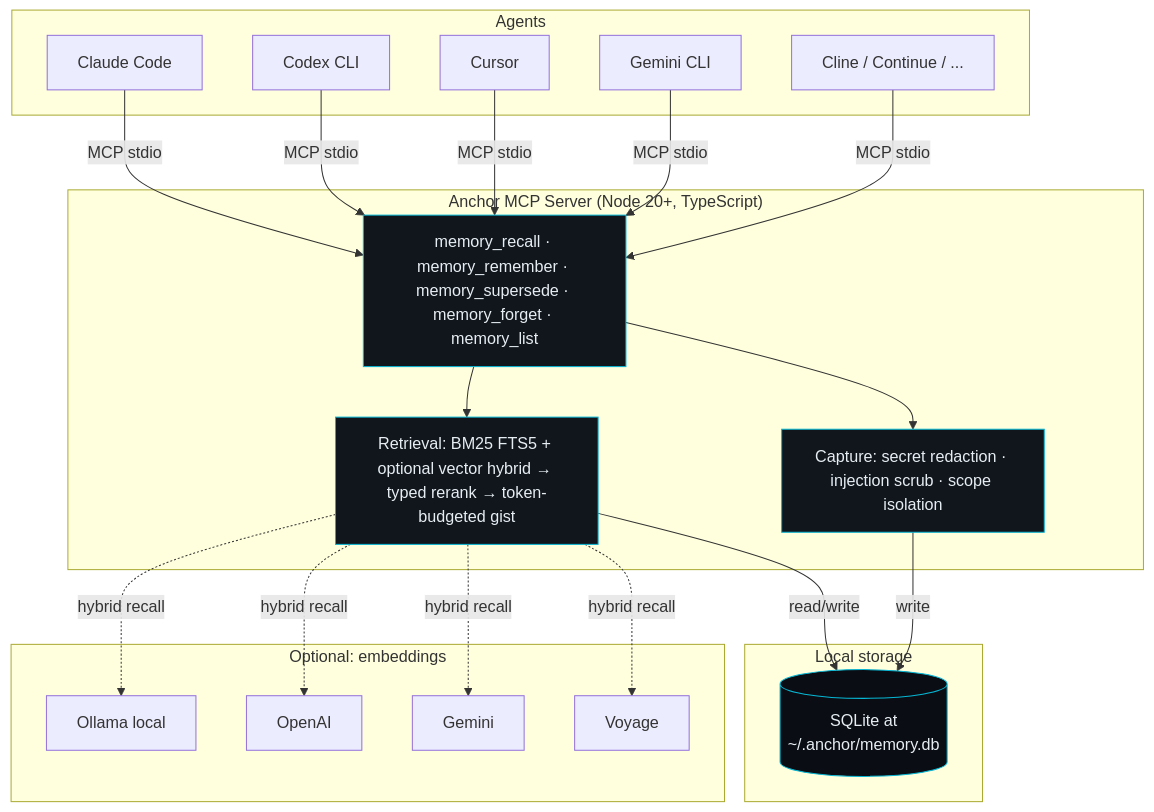
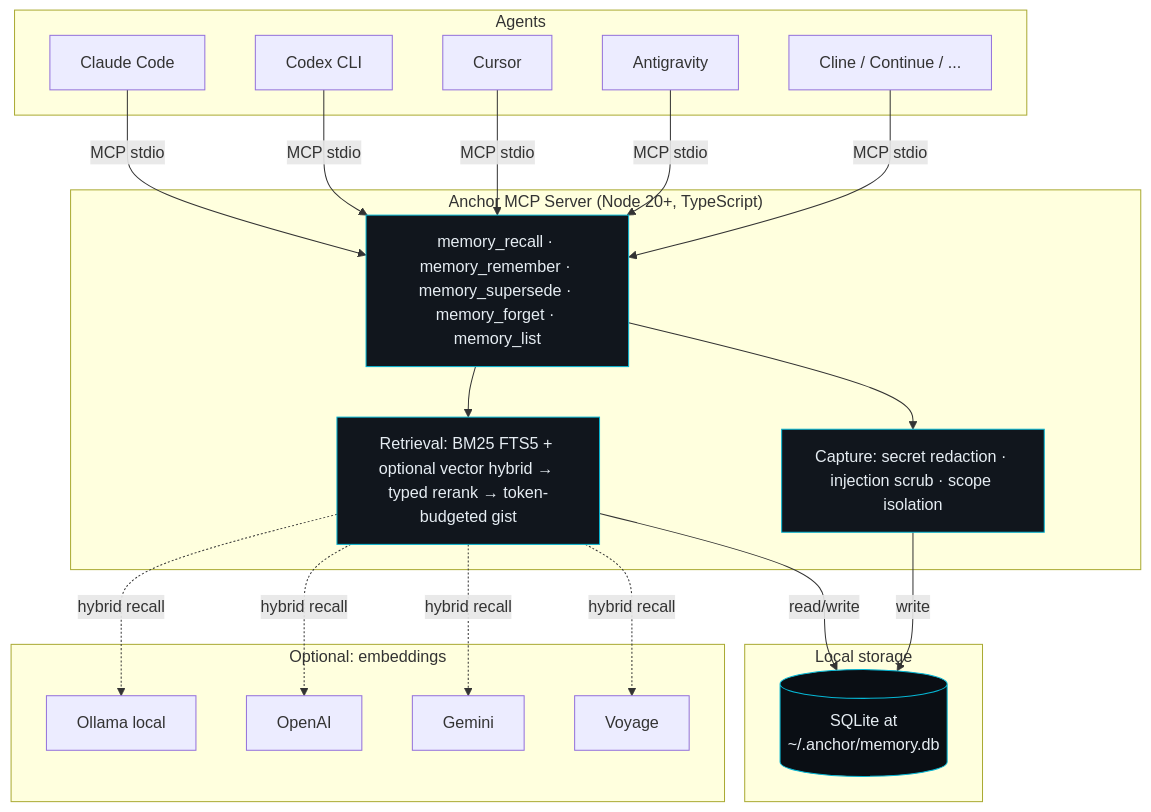
Before and after one commit to priyank766/anchor: the diagram in README.md, drawn with Mermaid. The commit also changed other lines of this file and 17 other files, not shown here.

````diff
--- a/README.md
+++ b/README.md
@@ -190,46 +190,46 @@
 ```mermaid
 flowchart TB
     subgraph Agents
         A1[Claude Code]
         A2[Codex CLI]
         A3[Cursor]
-        A4[Gemini CLI]
+        A4[Antigravity]
         A5[Cline / Continue / ...]
     end
 
     subgraph "Anchor MCP Server (Node 20+, TypeScript)"
         T[memory_recall · memory_remember · memory_supersede · memory_forget · memory_list]
         R[Retrieval: BM25 FTS5 + optional vector hybrid → typed rerank → token-budgeted gist]
         C[Capture: secret redaction · injection scrub · scope isolation]
         T --> R
         T --> C
     end
 
     subgraph "Local storage"
         DB[(SQLite at<br/>~/.anchor/memory.db)]
     end
 
     subgraph "Optional: embeddings"
         E1[Ollama local]
         E2[OpenAI]
         E3[Gemini]
         E4[Voyage]
     end
 
     A1 -->|MCP stdio| T
     A2 -->|MCP stdio| T
     A3 -->|MCP stdio| T
     A4 -->|MCP stdio| T
     A5 -->|MCP stdio| T
     R -->|read/write| DB
     C -->|write| DB
     R -.->|hybrid recall| E1
     R -.->|hybrid recall| E2
     R -.->|hybrid recall| E3
     R -.->|hybrid recall| E4
 
     style T fill:#11161d,stroke:#06b6d4,color:#e6edf3
     style R fill:#11161d,stroke:#06b6d4,color:#e6edf3
     style C fill:#11161d,stroke:#06b6d4,color:#e6edf3
     style DB fill:#0a0e14,stroke:#06b6d4,color:#e6edf3
 ```
````
